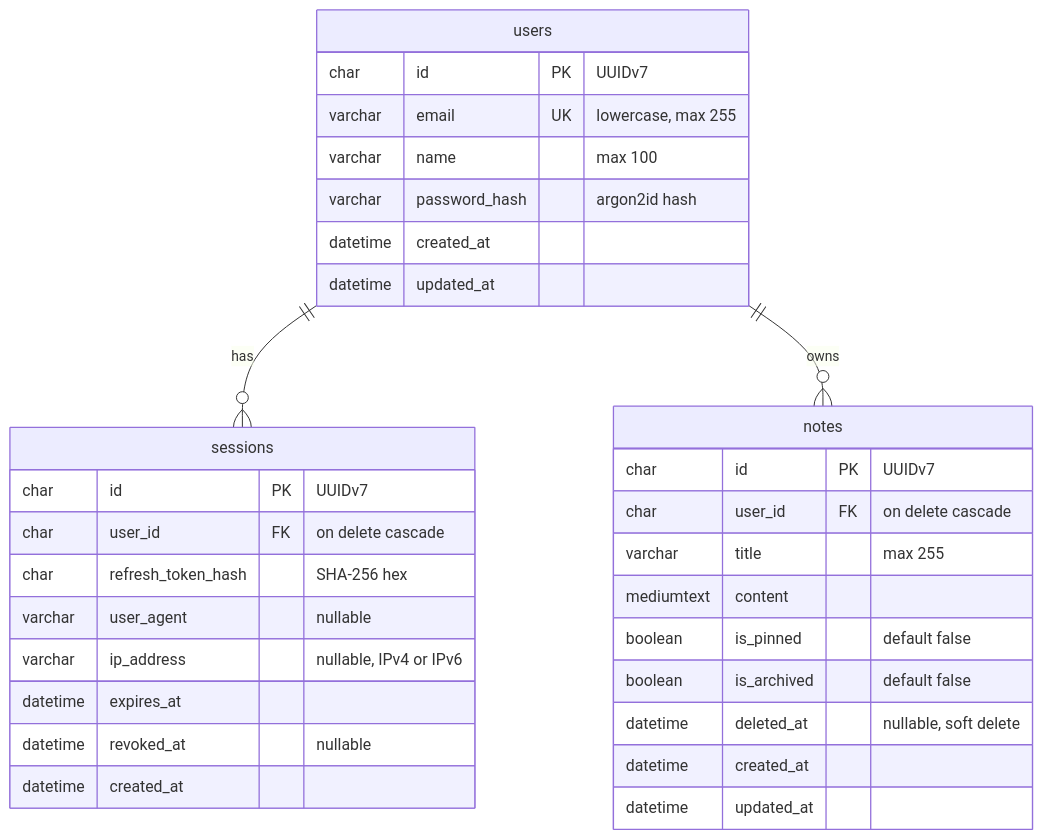
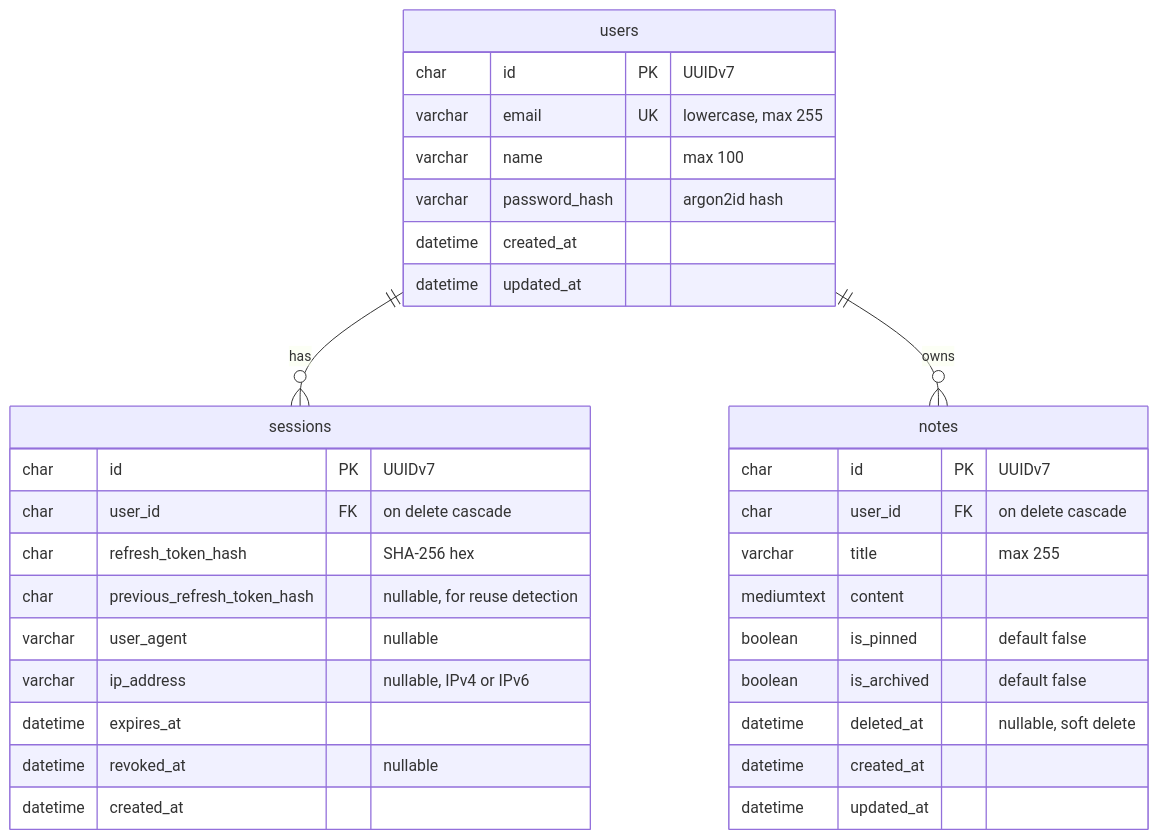
One commit to Saad-Ahsan626/notely-backend changed the diagram in docs/erd.md. Above: the diagram before and after it, drawn with Mermaid. The commit also changed other lines of this file and 46 other files, not shown here.

````diff
--- a/docs/erd.md
+++ b/docs/erd.md
@@ -6,37 +6,38 @@
 ```mermaid
 erDiagram
     users ||--o{ sessions : "has"
     users ||--o{ notes : "owns"
 
     users {
         char id PK "UUIDv7"
         varchar email UK "lowercase, max 255"
         varchar name "max 100"
         varchar password_hash "argon2id hash"
         datetime created_at
         datetime updated_at
     }
 
     sessions {
         char id PK "UUIDv7"
         char user_id FK "on delete cascade"
         char refresh_token_hash "SHA-256 hex"
+        char previous_refresh_token_hash "nullable, for reuse detection"
         varchar user_agent "nullable"
         varchar ip_address "nullable, IPv4 or IPv6"
         datetime expires_at
         datetime revoked_at "nullable"
         datetime created_at
     }
 
     notes {
         char id PK "UUIDv7"
         char user_id FK "on delete cascade"
         varchar title "max 255"
         mediumtext content
         boolean is_pinned "default false"
         boolean is_archived "default false"
         datetime deleted_at "nullable, soft delete"
         datetime created_at
         datetime updated_at
     }
 ```
````
